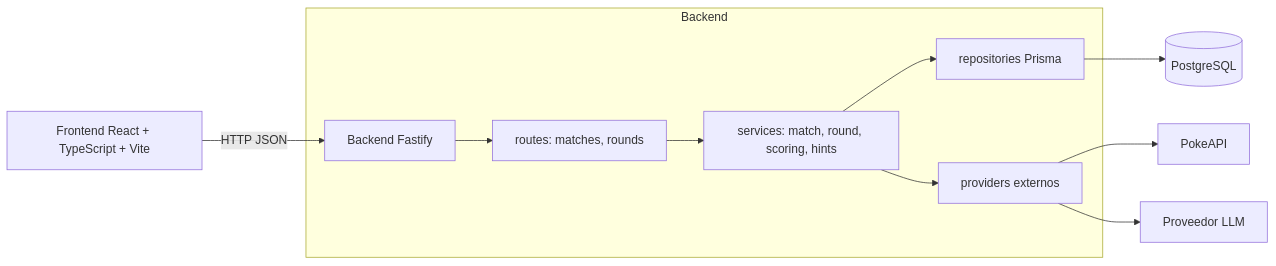
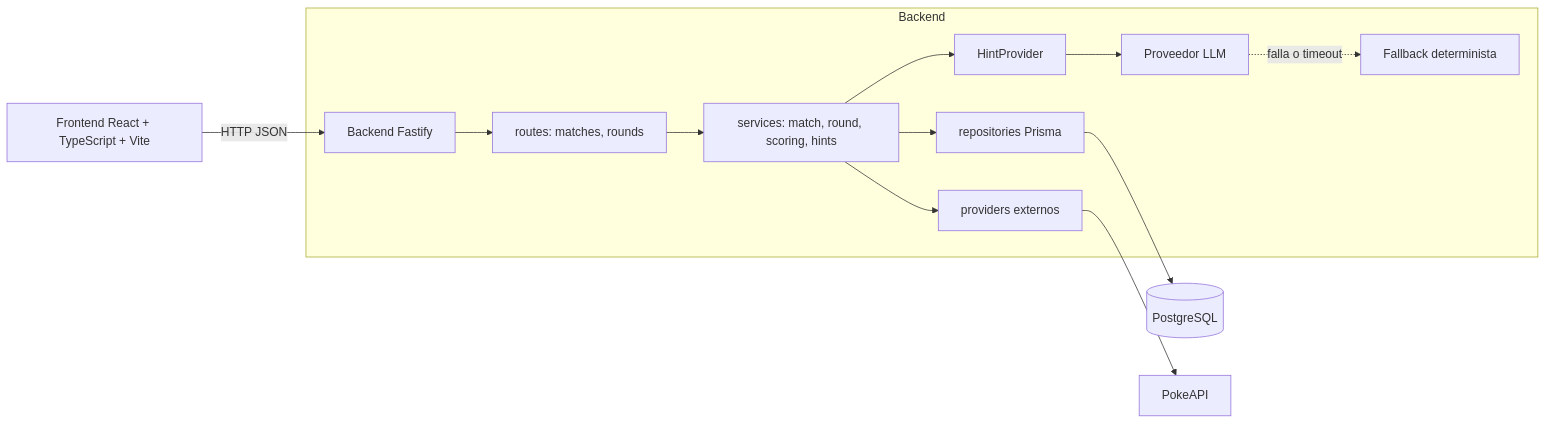
One commit to rkrautz10/Adivina_Personaje changed the diagram in docs/ARQUITECTURA.md. Above: the diagram before and after it, drawn with Mermaid. The commit also changed other lines of this file and 1 other file, not shown here.

Commit message:
docs: clarify llm fallback flow

````diff
--- a/docs/ARQUITECTURA.md
+++ b/docs/ARQUITECTURA.md
@@ -48,15 +48,17 @@
 ```mermaid
 flowchart LR
   UI[Frontend React + TypeScript + Vite] -->|HTTP JSON| API[Backend Fastify]
 
   subgraph Backend
     API --> Routes[routes: matches, rounds]
     Routes --> Services[services: match, round, scoring, hints]
     Services --> Repos[repositories Prisma]
     Services --> Providers[providers externos]
+    Services --> HintProvider[HintProvider]
+    HintProvider --> LLM[Proveedor LLM]
+    LLM -. falla o timeout .-> Fallback[Fallback determinista]
   end
 
   Repos --> DB[(PostgreSQL)]
   Providers --> PokeAPI[PokeAPI]
-  Providers --> LLM[Proveedor LLM]
 ```
````
